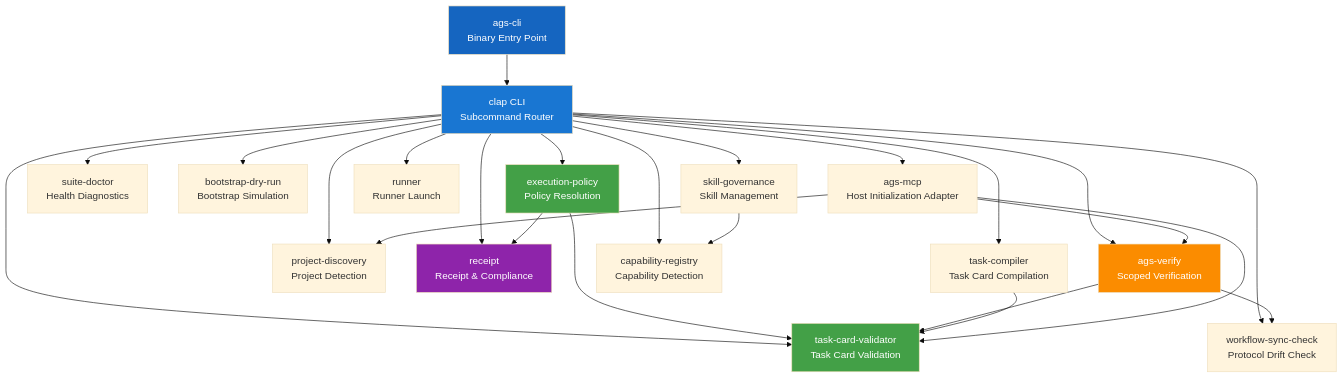
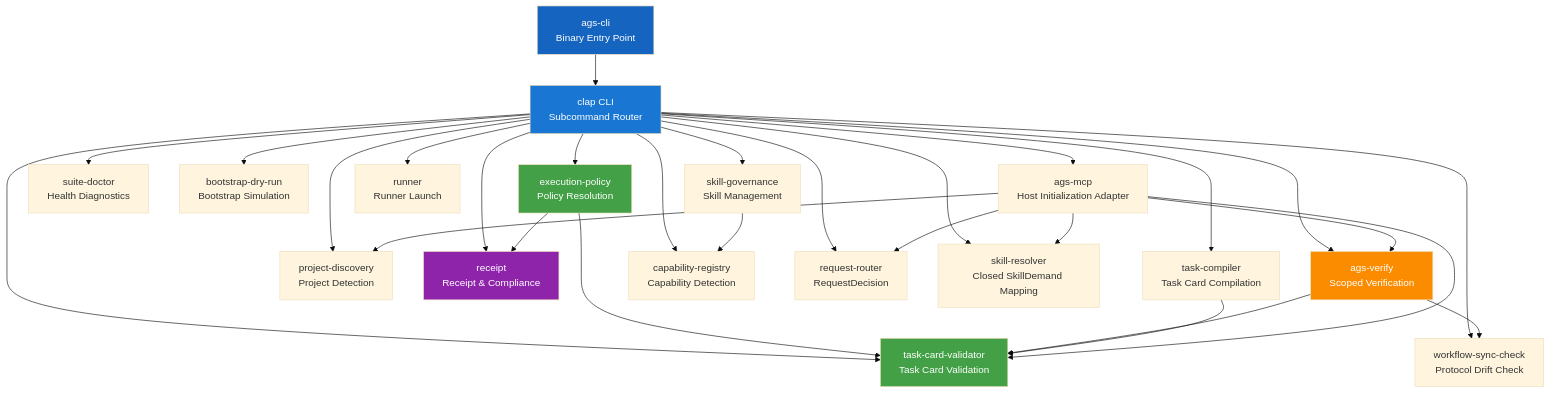
The second of 5 diagrams in docs/architecture.md (FernandeZ-hjm/Agent-General-Staff), drawn with Mermaid (base theme) before and after one commit. The commit also changed other lines of this file and 76 other files, not shown here.

````diff
--- a/docs/architecture.md
+++ b/docs/architecture.md
@@ -82,34 +77,38 @@
 ```mermaid
 graph TD
     A[ags-cli<br/>Binary Entry Point] --> B[clap CLI<br/>Subcommand Router]
     B --> C1[task-card-validator<br/>Task Card Validation]
     B --> C2[execution-policy<br/>Policy Resolution]
     B --> C3[suite-doctor<br/>Health Diagnostics]
     B --> C4[bootstrap-dry-run<br/>Bootstrap Simulation]
     B --> C5[workflow-sync-check<br/>Protocol Drift Check]
     B --> C6[ags-verify<br/>Scoped Verification]
     B --> C7[project-discovery<br/>Project Detection]
     B --> C8[receipt<br/>Receipt & Compliance]
     B --> C9[task-compiler<br/>Task Card Compilation]
     B --> C10[skill-governance<br/>Skill Management]
     B --> C11[capability-registry<br/>Capability Detection]
     B --> C12[runner<br/>Runner Launch]
     B --> C13[ags-mcp<br/>Host Initialization Adapter]
+    B --> C14[request-router<br/>RequestDecision]
+    B --> C15[skill-resolver<br/>Closed SkillDemand Mapping]
 
     C2 --> C1
     C2 --> C8
     C6 --> C1
     C6 --> C5
     C9 --> C1
     C10 --> C11
     C13 --> C7
     C13 --> C1
     C13 --> C6
+    C13 --> C14
+    C13 --> C15
 
     style A fill:#1565c0,color:#fff
     style B fill:#1976d2,color:#fff
     style C1 fill:#43a047,color:#fff
     style C2 fill:#43a047,color:#fff
     style C6 fill:#fb8c00,color:#fff
     style C8 fill:#8e24aa,color:#fff
 ```
````
